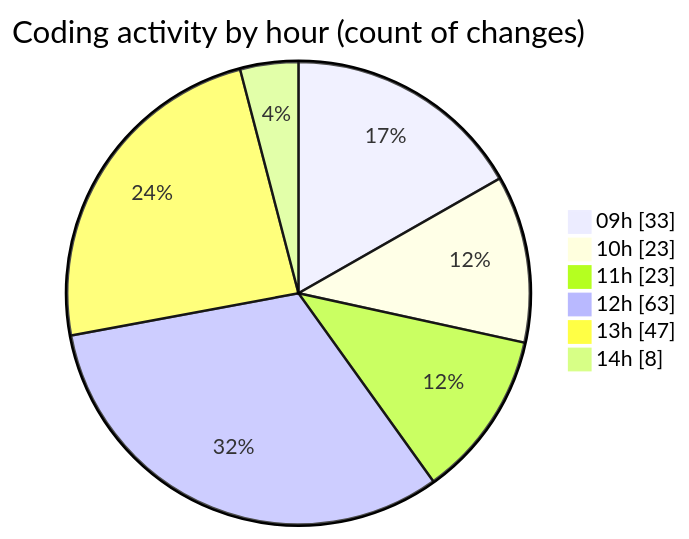
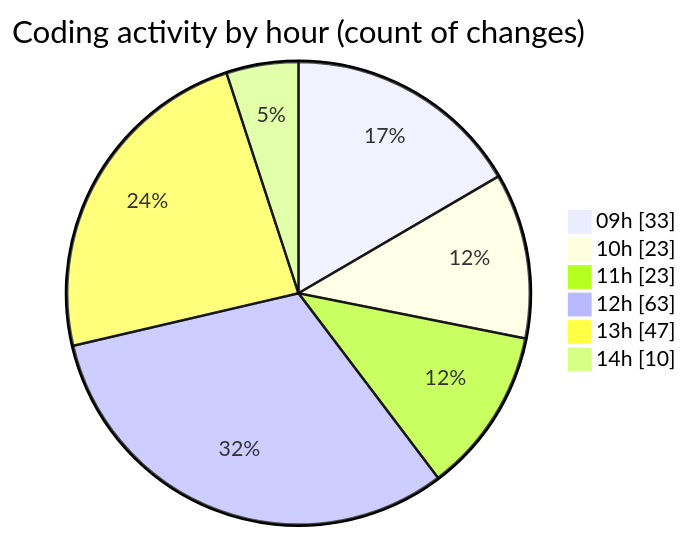
One commit to CELIANVF/code-tracking changed the second of 2 diagrams in 2025-05-20/ecodeli-1/README.md. Above: the diagram before and after it, drawn with Mermaid. The commit also changed other lines of this file and 1 other file, not shown here.

````diff
--- a/2025-05-20/ecodeli-1/README.md
+++ b/2025-05-20/ecodeli-1/README.md
@@ -102,10 +103,10 @@
 ```mermaid
 pie showData
 title Coding activity by hour (count of changes)
 "09h" : 33
 "10h" : 23
 "11h" : 23
 "12h" : 63
 "13h" : 47
-"14h" : 8
+"14h" : 10
 ```
````
